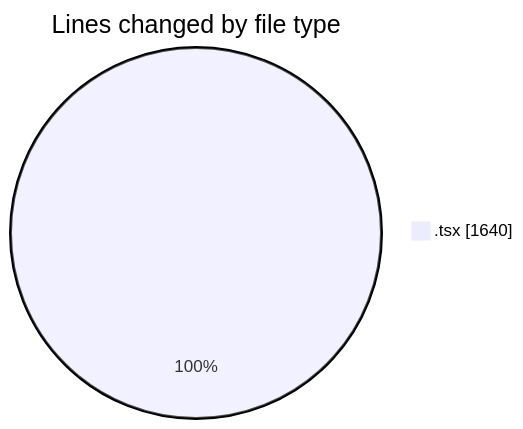
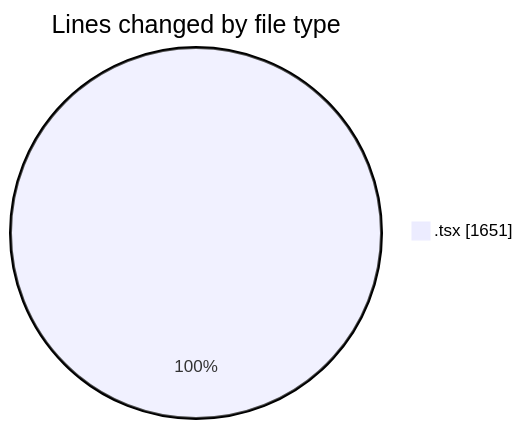
Before and after one commit to momahboobian/code-tracking: the first of 2 diagrams in 2025-10-03/cda/README.md, drawn with Mermaid. The commit also changed other lines of this file and 1 other file, not shown here.

````diff
--- a/2025-10-03/cda/README.md
+++ b/2025-10-03/cda/README.md
@@ -23,5 +23,5 @@
 ```mermaid
 pie showData
 title Lines changed by file type
-".tsx" : 1640
+".tsx" : 1651
 ```
````
